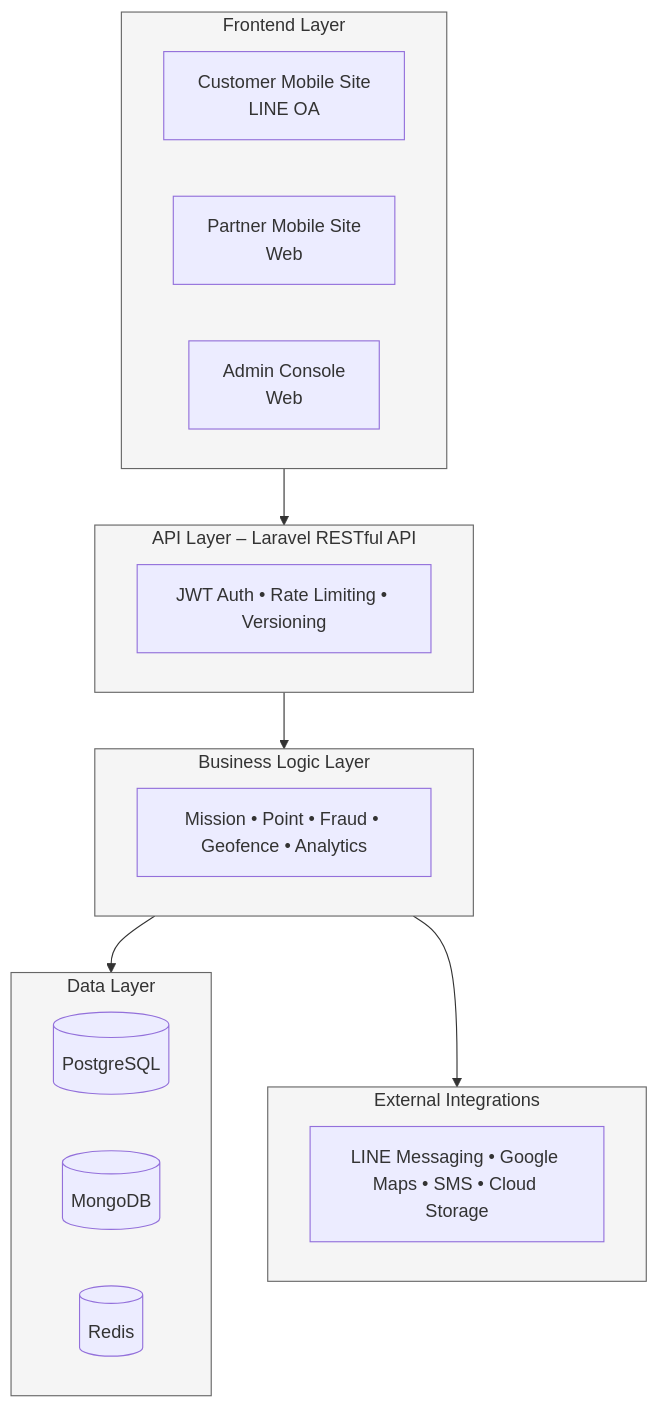
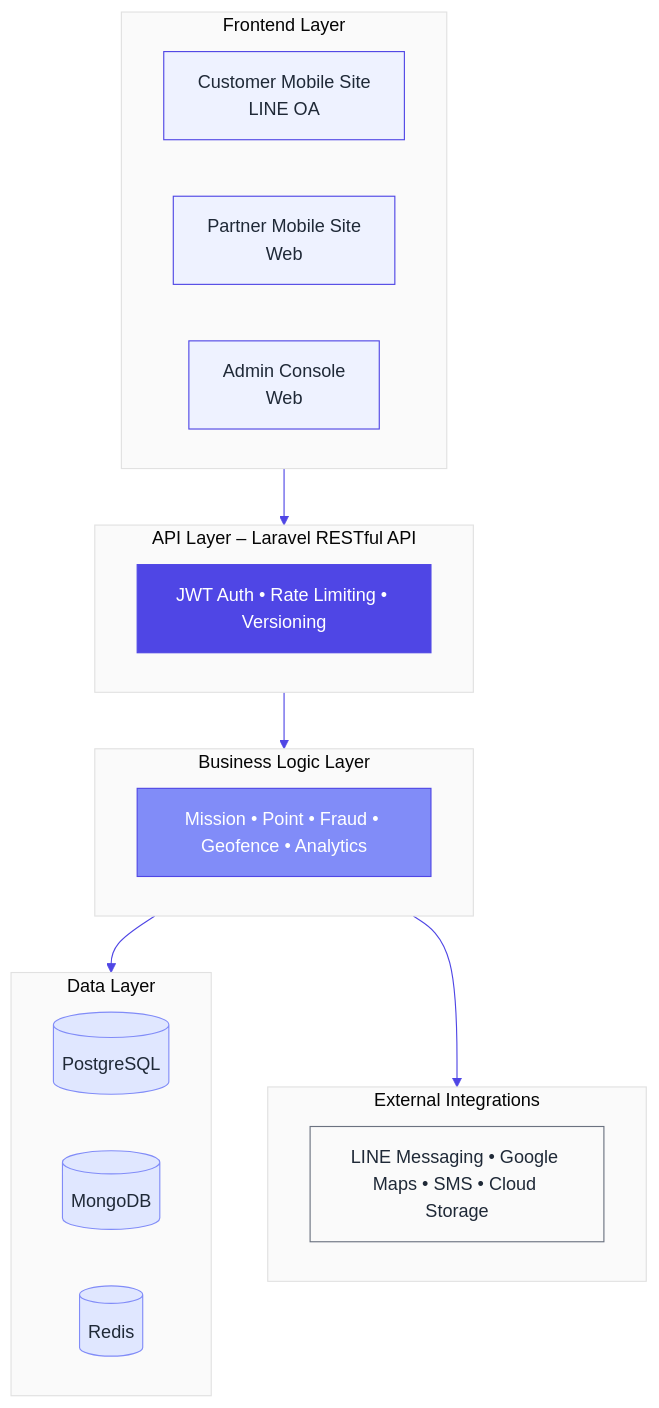
The third of 5 diagrams in 01 Proposals/Proposal_KueKan_PAO_NCC_McKinsey-Shorten.md (tlejay/Kuekan), drawn with Mermaid before and after one commit. The commit also changed other lines of this file and 1 other file, not shown here.

````diff
--- a/01 Proposals/Proposal_KueKan_PAO_NCC_McKinsey-Shorten.md
+++ b/01 Proposals/Proposal_KueKan_PAO_NCC_McKinsey-Shorten.md
@@ -342,35 +355,42 @@
 ```mermaid
+%%{init: {'theme': 'base', 'themeVariables': { 'primaryColor': '#EEF2FF', 'primaryTextColor': '#1F2937', 'primaryBorderColor': '#4F46E5', 'lineColor': '#4F46E5', 'secondaryColor': '#E0E7FF', 'tertiaryColor': '#FAFAFA', 'fontFamily': 'IBM Plex Sans Thai, Inter, sans-serif'}}}%%
 graph TD
-    classDef layer fill:#f5f5f5,stroke:#666,stroke-width:1px;
-
     subgraph Frontend [Frontend Layer]
         C_App[Customer Mobile Site<br/>LINE OA]
         P_App[Partner Mobile Site<br/>Web]
         A_App[Admin Console<br/>Web]
     end
 
     subgraph API [API Layer – Laravel RESTful API]
         Gateway[JWT Auth • Rate Limiting • Versioning]
     end
 
     subgraph Logic [Business Logic Layer]
         Engines[Mission • Point • Fraud • Geofence • Analytics]
     end
 
     subgraph Data [Data Layer]
         DB[(PostgreSQL)]
         Logs[(MongoDB)]
         Cache[(Redis)]
     end
 
     subgraph External [External Integrations]
         ThirdParty[LINE Messaging • Google Maps • SMS • Cloud Storage]
     end
 
     Frontend --> API
     API --> Logic
     Logic --> Data
     Logic --> External
 
-    class Frontend,API,Logic,Data,External layer;
+    style C_App fill:#EEF2FF,stroke:#4F46E5
+    style P_App fill:#EEF2FF,stroke:#4F46E5
+    style A_App fill:#EEF2FF,stroke:#4F46E5
+    style Gateway fill:#4F46E5,stroke:#4F46E5,color:#fff
+    style Engines fill:#818CF8,stroke:#4F46E5,color:#fff
+    style DB fill:#E0E7FF,stroke:#818CF8
+    style Logs fill:#E0E7FF,stroke:#818CF8
+    style Cache fill:#E0E7FF,stroke:#818CF8
+    style ThirdParty fill:#FAFAFA,stroke:#6B7280
 ```
````
